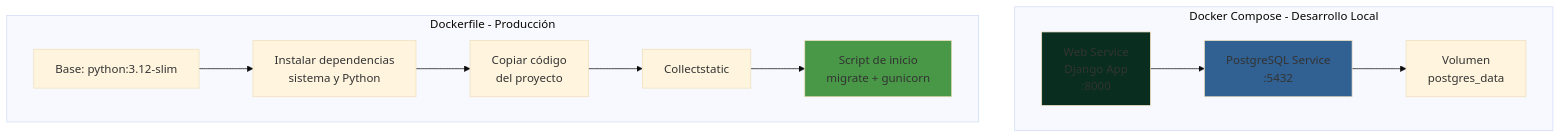
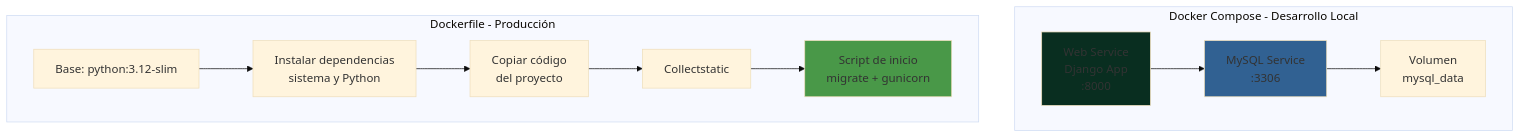
Before and after one commit to MiguelSP040/codemio_back: diagram 11 of 16 in PROJECT_MAP.md, drawn with Mermaid (base theme). The commit also changed other lines of this file and 8 other files, not shown here.

Commit message:
refactor(database): migrate from PostgreSQL to MySQL, update configurations and documentation

````diff
--- a/PROJECT_MAP.md
+++ b/PROJECT_MAP.md
@@ -404,28 +404,28 @@
 ```mermaid
 graph TB
     subgraph "Docker Compose - Desarrollo Local"
         WEB[Web Service<br/>Django App<br/>:8000]
-        DB[PostgreSQL Service<br/>:5432]
-        VOL[Volumen<br/>postgres_data]
+        DB[MySQL Service<br/>:3306]
+        VOL[Volumen<br/>mysql_data]
     end
     
     subgraph "Dockerfile - Producción"
         BASE[Base: python:3.12-slim]
         DEPS[Instalar dependencias<br/>sistema y Python]
         COPY[Copiar código<br/>del proyecto]
         STATIC[Collectstatic]
         START[Script de inicio<br/>migrate + gunicorn]
     end
     
     WEB --> DB
     DB --> VOL
     
     BASE --> DEPS
     DEPS --> COPY
     COPY --> STATIC
     STATIC --> START
     
     style WEB fill:#092E20
     style DB fill:#316192
     style START fill:#499848
 ```
````
